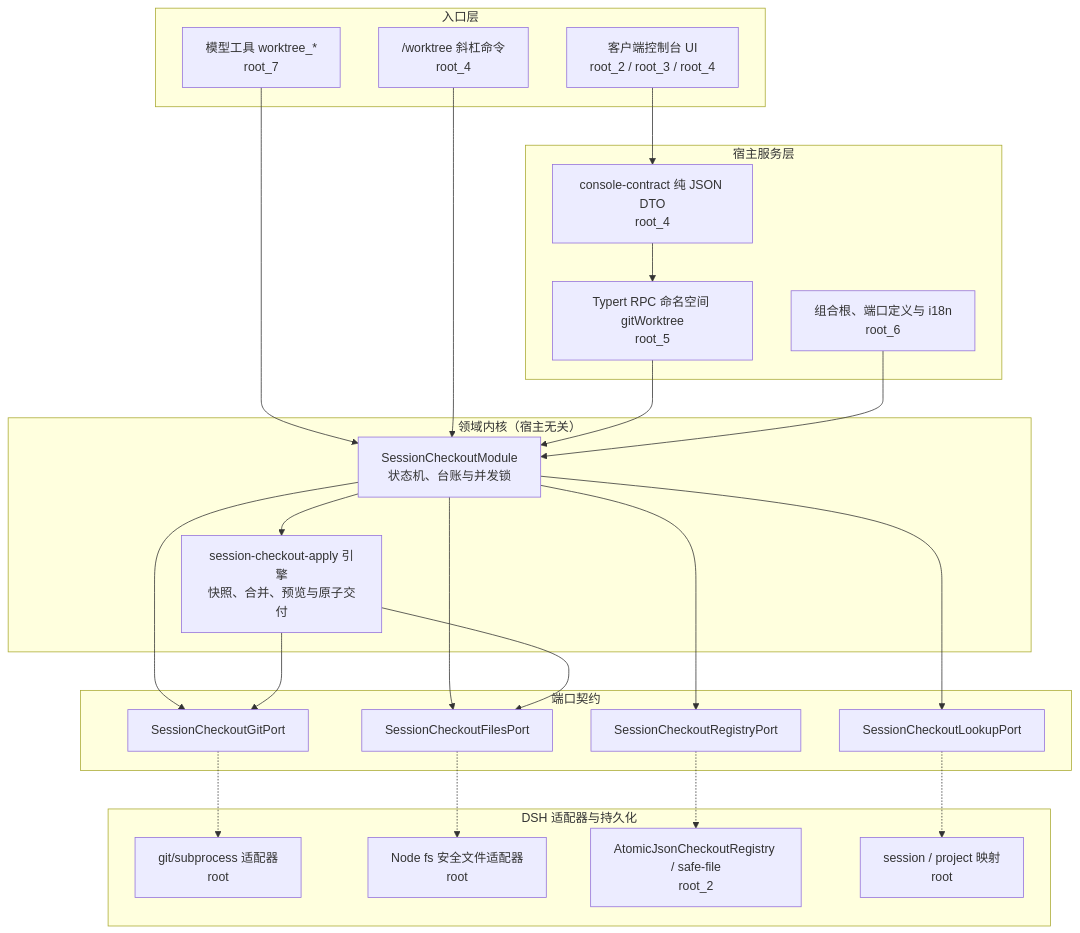
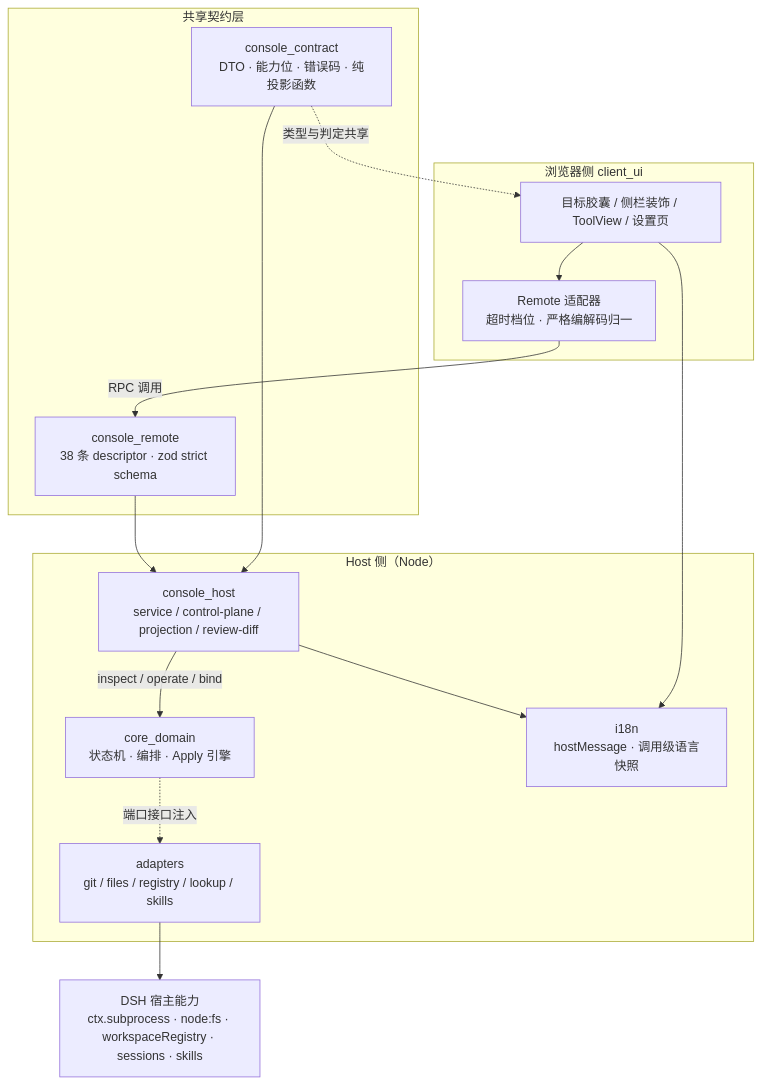
One commit to ikliml666/dsh-git-workspace changed the first of 3 diagrams in .codewiki/_native-state/docs/overview.md. Above: the diagram before and after it, drawn with Mermaid. The commit also changed other lines of this file and 144 other files, not shown here.

````diff
--- a/.codewiki/_native-state/docs/overview.md
+++ b/.codewiki/_native-state/docs/overview.md
@@ -17,51 +19,32 @@
 ```mermaid
 flowchart TB
-  subgraph Entry["入口层"]
-    Model["模型工具 worktree_*<br/>root_7"]
-    Cmd["/worktree 斜杠命令<br/>root_4"]
-    UI["客户端控制台 UI<br/>root_2 / root_3 / root_4"]
+  subgraph ClientSide["浏览器侧 client_ui"]
+    UI["目标胶囊 / 侧栏装饰 / ToolView / 设置页"]
+    AD["Remote 适配器<br/>超时档位 · 严格编解码归一"]
   end
 
-  subgraph HostLayer["宿主服务层"]
-    RPC["Typert RPC 命名空间 gitWorktree<br/>root_5"]
-    Contract["console-contract 纯 JSON DTO<br/>root_4"]
-    Assembly["组合根、端口定义与 i18n<br/>root_6"]
+  subgraph Wire["共享契约层"]
+    CTR["console_contract<br/>DTO · 能力位 · 错误码 · 纯投影函数"]
+    REM["console_remote<br/>38 条 descriptor · zod strict schema"]
   end
 
-  subgraph Domain["领域内核（宿主无关）"]
-    State["SessionCheckoutModule<br/>状态机、台账与并发锁"]
-    Engine["session-checkout-apply 引擎<br/>快照、合并、预览与原子交付"]
+  subgraph HostSide["Host 侧（Node）"]
+    SRV["console_host<br/>service / control-plane / projection / review-diff"]
+    DOM["core_domain<br/>状态机 · 编排 · Apply 引擎"]
+    ADP["adapters<br/>git / files / registry / lookup / skills"]
+    I18N["i18n<br/>hostMessage · 调用级语言快照"]
   end
 
-  subgraph Ports["端口契约"]
-    GitPort["SessionCheckoutGitPort"]
-    FilesPort["SessionCheckoutFilesPort"]
-    RegistryPort["SessionCheckoutRegistryPort"]
-    LookupPort["SessionCheckoutLookupPort"]
-  end
+  EXT["DSH 宿主能力<br/>ctx.subprocess · node:fs · workspaceRegistry · sessions · skills"]
 
-  subgraph Adapters["DSH 适配器与持久化"]
-    GitAdapter["git/subprocess 适配器<br/>root"]
-    FilesAdapter["Node fs 安全文件适配器<br/>root"]
-    RegistryAdapter["AtomicJsonCheckoutRegistry / safe-file<br/>root_2"]
-    LookupAdapter["session / project 映射<br/>root"]
-  end
-
-  Model --> State
-  Cmd --> State
-  UI --> Contract
-  Contract --> RPC
-  RPC --> State
-  Assembly --> State
-  State --> Engine
-  State --> GitPort
-  State --> FilesPort
-  State --> RegistryPort
-  State --> LookupPort
-  Engine --> GitPort
-  Engine --> FilesPort
-  GitPort -.-> GitAdapter
-  FilesPort -.-> FilesAdapter
-  RegistryPort -.-> RegistryAdapter
-  LookupPort -.-> LookupAdapter
+  UI --> AD
+  AD -->|"RPC 调用"| REM
+  REM --> SRV
+  CTR -.->|"类型与判定共享"| UI
+  CTR --> SRV
+  SRV -->|"inspect / operate / bind"| DOM
+  DOM -.->|"端口接口注入"| ADP
+  ADP --> EXT
+  SRV --> I18N
+  UI --> I18N
 ```
````
